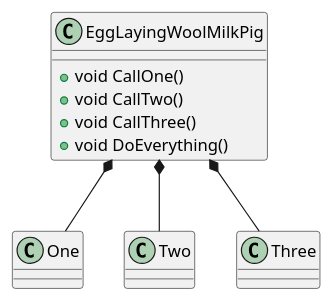
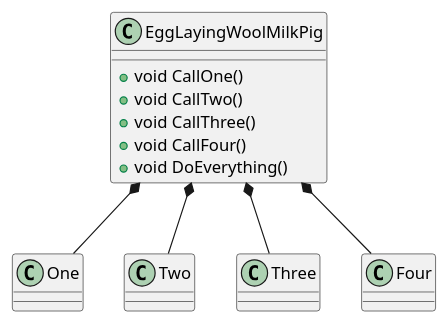
The diagram in Readme.md (SimonBader/what-unit-tests-tell-us-about-architecture), drawn with PlantUML before and after one commit. The commit also changed other lines of this file and 1 other file, not shown here.

Commit message:
Readme sample updated.

````diff
--- a/Readme.md
+++ b/Readme.md
@@ -8,20 +8,24 @@
 ```plantuml
 @startuml
   class EggLayingWoolMilkPig {
     
     +void CallOne()
     +void CallTwo()
     +void CallThree()
+    +void CallFour()
     +void DoEverything()
   }
     class One {
   }
   class Two {
   }
   class Three {
   }
+  class Four {
+  }
   EggLayingWoolMilkPig *-- One
   EggLayingWoolMilkPig *-- Two
   EggLayingWoolMilkPig *-- Three
+  EggLayingWoolMilkPig *-- Four
 @enduml
 ```
````
